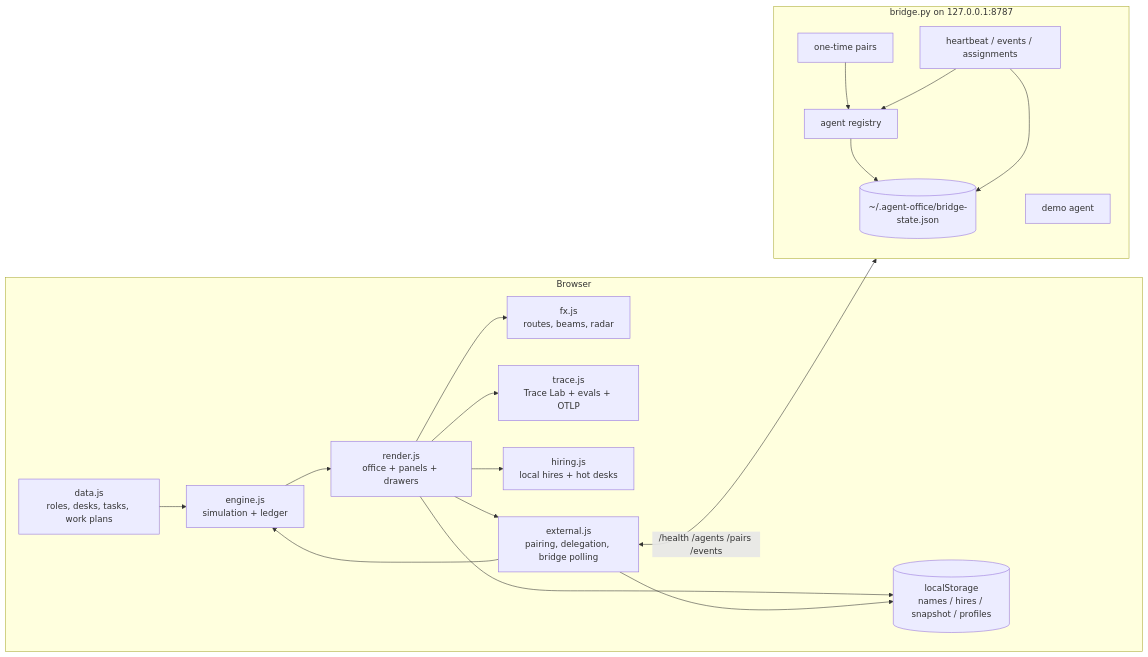
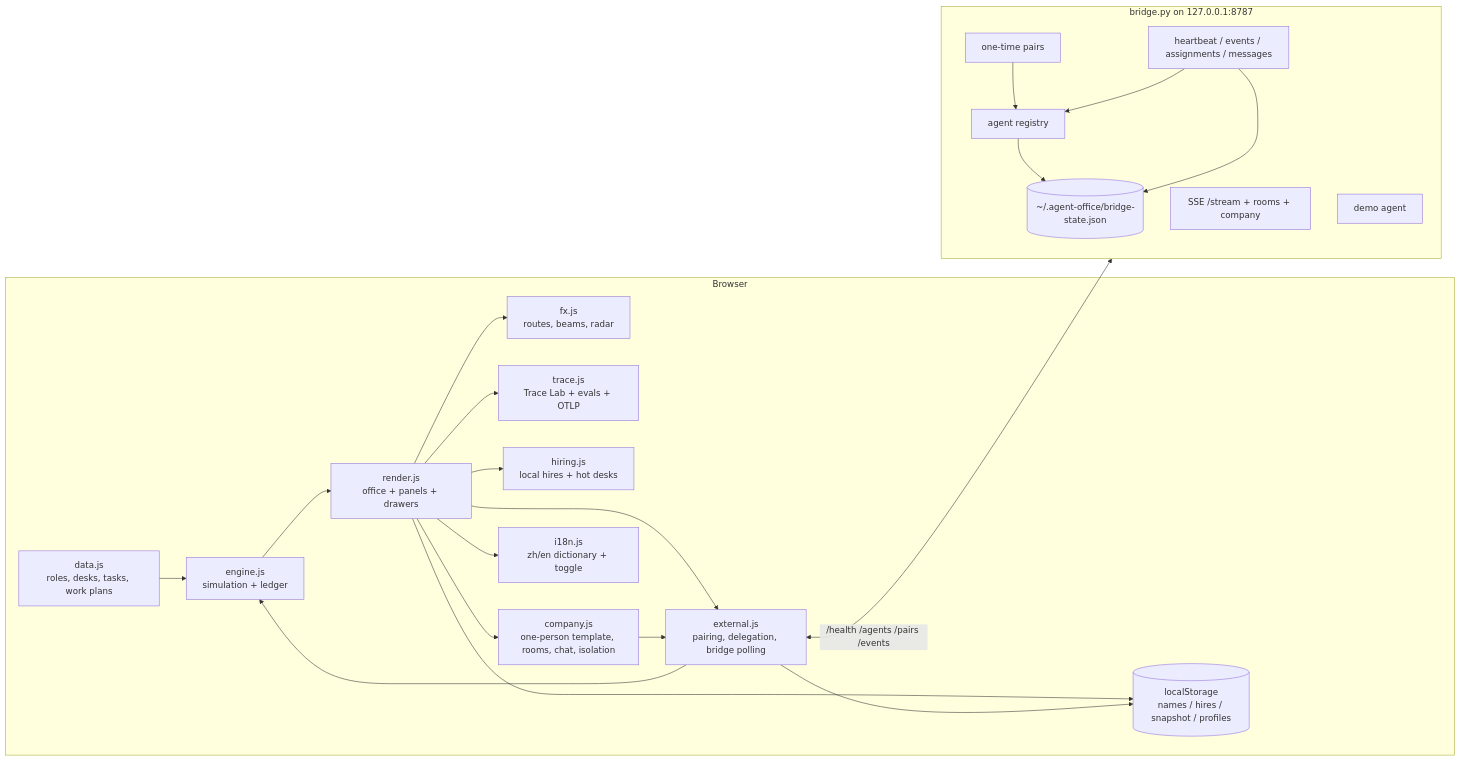
One commit to 128fei-wang/agent-office changed the diagram in docs/ARCHITECTURE.md. Above: the diagram before and after it, drawn with Mermaid. The commit also changed other lines of this file and 23 other files, not shown here.

First line of the commit message:
feat: add one-person company, realtime chat and i18n

````diff
--- a/docs/ARCHITECTURE.md
+++ b/docs/ARCHITECTURE.md
@@ -5,36 +5,42 @@
 ```mermaid
 flowchart LR
   subgraph Browser
     D[data.js<br/>roles, desks, tasks, work plans]
     E[engine.js<br/>simulation + ledger]
     R[render.js<br/>office + panels + drawers]
     F[fx.js<br/>routes, beams, radar]
     T[trace.js<br/>Trace Lab + evals + OTLP]
     H[hiring.js<br/>local hires + hot desks]
     X[external.js<br/>pairing, delegation, bridge polling]
+    C[company.js<br/>one-person template, rooms, chat, isolation]
+    I[i18n.js<br/>zh/en dictionary + toggle]
     L[(localStorage<br/>names / hires / snapshot / profiles)]
     D --> E
     E --> R
     R --> F
     R --> T
     R --> H
     R --> X
+    R --> C
+    C --> X
+    R --> I
     X --> E
     R --> L
     X --> L
   end
 
   subgraph Bridge[bridge.py on 127.0.0.1:8787]
     P[one-time pairs]
     A[agent registry]
-    V[heartbeat / events / assignments]
+    V[heartbeat / events / assignments / messages]
+    O[SSE /stream + rooms + company]
     M[demo agent]
     S[(~/.agent-office/bridge-state.json)]
   end
 
   X <-->|/health /agents /pairs /events| Bridge
   P --> A
   V --> A
   A --> S
   V --> S
 ```
````
